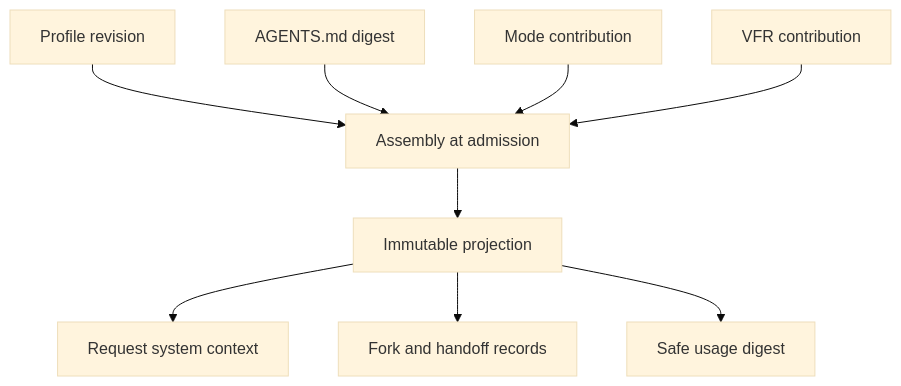
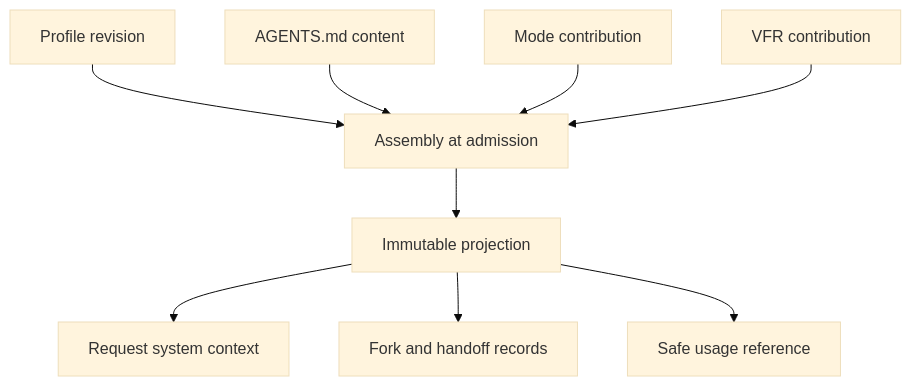
One commit to y0tsy/intention-relay changed the diagram in docs/intention-relay/architecture/30-instruction-sources-and-system-context.md. Above: the diagram before and after it, drawn with Mermaid (base theme). The commit also changed other lines of this file and 119 other files, not shown here.

````diff
--- a/docs/intention-relay/architecture/30-instruction-sources-and-system-context.md
+++ b/docs/intention-relay/architecture/30-instruction-sources-and-system-context.md
@@ -161,11 +166,11 @@
 ```mermaid
 flowchart TD
   P[Profile revision] --> A[Assembly at admission]
-  W[AGENTS.md digest] --> A
+  W[AGENTS.md content] --> A
   M[Mode contribution] --> A
   V[VFR contribution] --> A
   A --> J[Immutable projection]
   J --> R[Request system context]
   J --> F[Fork and handoff records]
-  J --> D[Safe usage digest]
+  J --> D[Safe usage reference]
 ```
````
